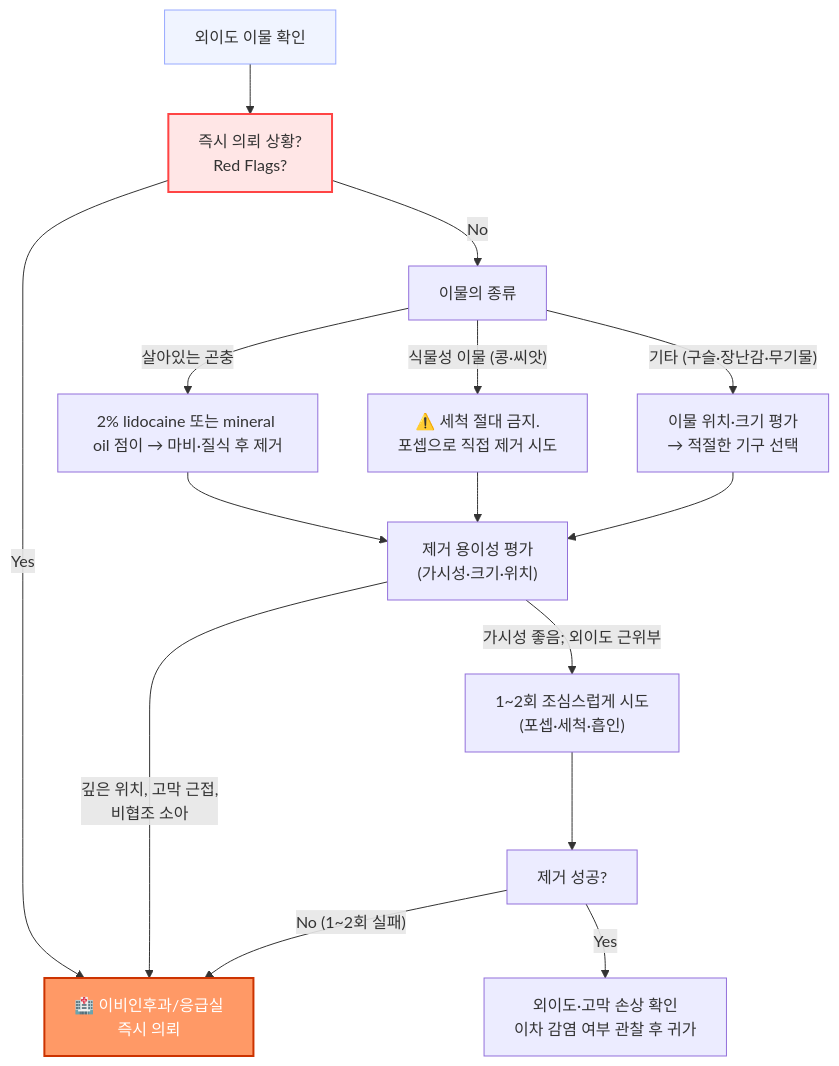
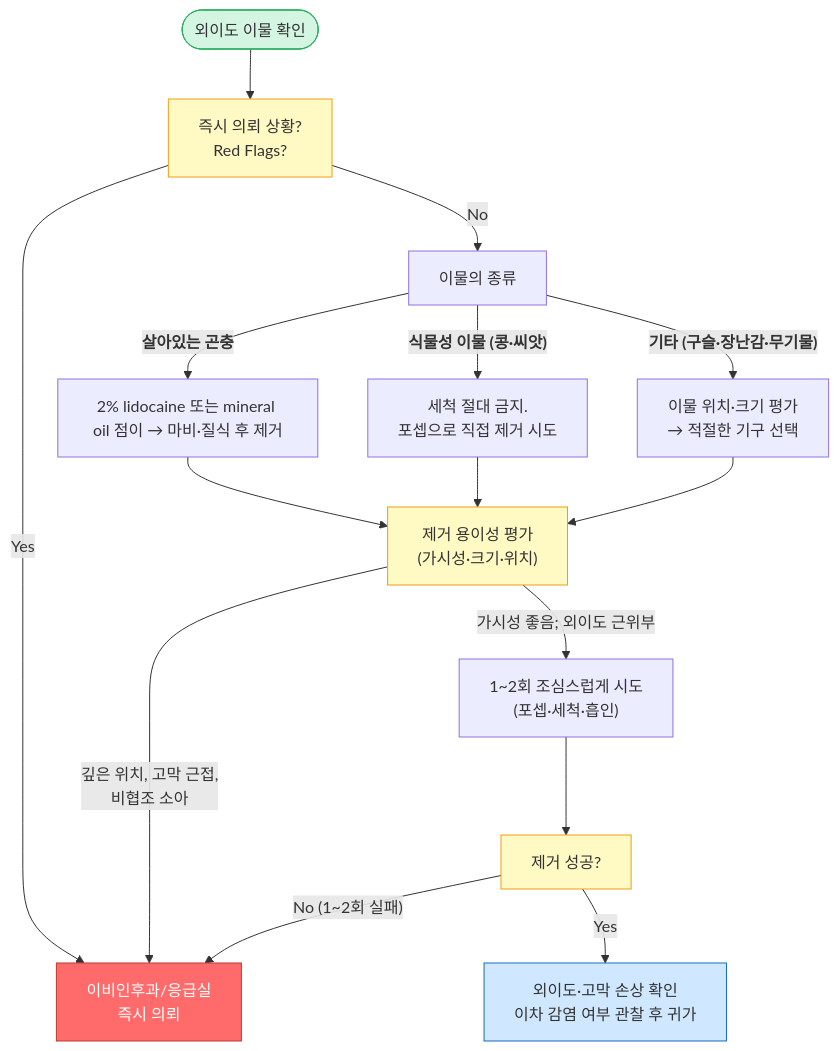
One commit to familyoh77/familyoh77 changed the second of 3 diagrams in 222_/049_-ear-injury.md. Above: the diagram before and after it, drawn with Mermaid. The commit also changed other lines of this file, not shown here.

````diff
--- a/222_/049_-ear-injury.md
+++ b/222_/049_-ear-injury.md
@@ -151,27 +205,30 @@
 ```mermaid
 graph TD
-    Start["외이도 이물 확인"] --> RedFlags["즉시 의뢰 상황? <br> Red Flags?"]
+    Start(["외이도 이물 확인"]) --> RedFlags["즉시 의뢰 상황? <br> Red Flags?"]
 
-    RedFlags -- "Yes" --> Refer["🏥 이비인후과/응급실 <br> 즉시 의뢰"]
+    RedFlags -- "Yes" --> Refer["이비인후과/응급실 <br> 즉시 의뢰"]
     RedFlags -- "No" --> FBType["이물의 종류"]
 
-    FBType -- "살아있는 곤충" --> Insect["2% lidocaine 또는 mineral oil 점이 → 마비·질식 후 제거"]
-    FBType -- "식물성 이물 (콩·씨앗)" --> Vegetable["⚠️ 세척 절대 금지. <br>포셉으로 직접 제거 시도"]
-    FBType -- "기타 (구슬·장난감·무기물)" --> General["이물 위치·크기 평가<br>→ 적절한 기구 선택"]
+    FBType -- "<b>살아있는 곤충</b>" --> Insect["2% lidocaine 또는 mineral oil 점이 → 마비·질식 후 제거"]
+    FBType -- "<b>식물성 이물 (콩·씨앗)</b>" --> Vegetable["세척 절대 금지. <br>포셉으로 직접 제거 시도"]
+    FBType -- "<b>기타 (구슬·장난감·무기물)</b>" --> General["이물 위치·크기 평가<br>→ 적절한 기구 선택"]
 
     Insect --> Attempt["제거 용이성 평가<br>(가시성·크기·위치)"]
     Vegetable --> Attempt
     General --> Attempt
 
     Attempt -- "가시성 좋음; 외이도 근위부" --> Procedure["1~2회 조심스럽게 시도<br>(포셉·세척·흡인)"]
     Attempt -- "깊은 위치, 고막 근접,
     비협조 소아" --> Refer
 
     Procedure --> Success["제거 성공?"]
     Success -- "No (1~2회 실패)" --> Refer
     Success -- "Yes" --> FollowUp["외이도·고막 손상 확인<br>이차 감염 여부 관찰 후 귀가"]
 
-    style Start fill:#f0f4ff,stroke:#99aaff
-    style RedFlags fill:#ffe6e6,stroke:#ff4444,stroke-width:2px
-    style Refer fill:#ff9966,stroke:#cc3300,stroke-width:2px,color:#fff
+    style Start fill:#d5f5e3,stroke:#27ae60
+    classDef yellow fill:#fff9c4,stroke:#f39c12
+    class RedFlags,Success,Attempt yellow
+
+    style Refer fill:#ff6b6b,stroke:#c0392b,color:#fff
+    style FollowUp fill:#d0e8ff,stroke:#1a6abf
 ```
````
